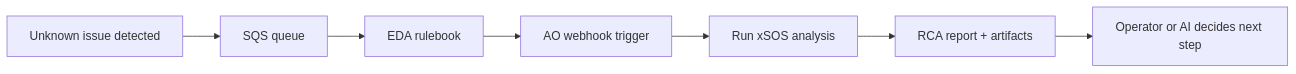
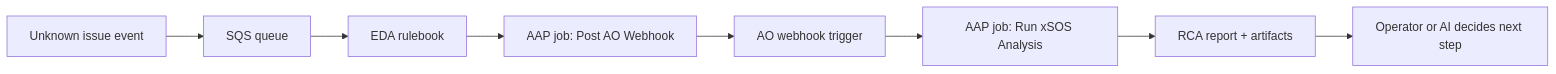
The diagram in event-driven-xsos-rca/README.md (abwalczyk/aap-orchestrator-demos), drawn with Mermaid before and after one commit. The commit also changed other lines of this file and 2 other files, not shown here.

First line of the commit message:
Document AAP EDA run_job_template requirement for xSOS AO demo.

````diff
--- a/event-driven-xsos-rca/README.md
+++ b/event-driven-xsos-rca/README.md
@@ -22,9 +28,10 @@
 ```mermaid
 flowchart LR
-  A[Unknown issue detected] --> B[SQS queue]
+  A[Unknown issue event] --> B[SQS queue]
   B --> C[EDA rulebook]
-  C --> D[AO webhook trigger]
-  D --> E[Run xSOS analysis]
-  E --> F[RCA report + artifacts]
-  F --> G[Operator or AI decides next step]
+  C --> D["AAP job: Post AO Webhook"]
+  D --> E[AO webhook trigger]
+  E --> F["AAP job: Run xSOS Analysis"]
+  F --> G[RCA report + artifacts]
+  G --> H[Operator or AI decides next step]
 ```
````
